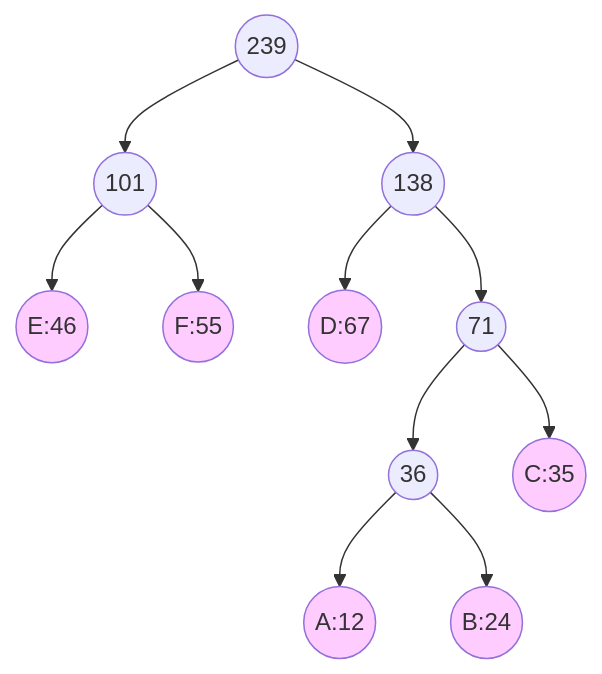
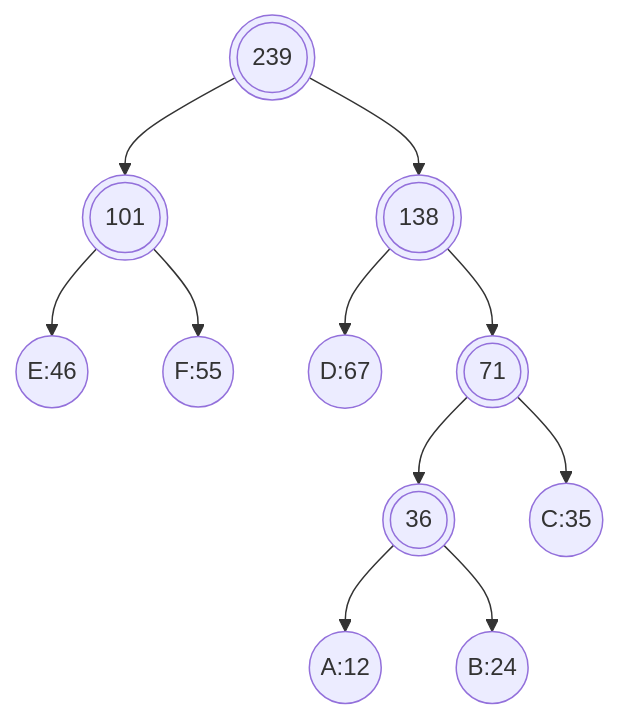
Before and after one commit to dmjcb/dmjcb.github.io: the sixth of 7 diagrams in _posts/DataStructure/Tree/BinaryTree/2020-01-16-哈夫曼树.md, drawn with Mermaid. The commit also changed other lines of this file and 78 other files, not shown here.

Commit message:
更新git部分图片;添加工作台图片

````diff
--- a/_posts/DataStructure/Tree/BinaryTree/2020-01-16-哈夫曼树.md
+++ b/_posts/DataStructure/Tree/BinaryTree/2020-01-16-哈夫曼树.md
@@ -121,29 +111,27 @@
 ```mermaid
 graph TB
-    C((C:35)):::Style
-    D((D:67)):::Style
-    E((E:46)):::Style
-    F((F:55)):::Style
+    C((C:35))
+    D((D:67))
+    E((E:46))
+    F((F:55))
 
-    Z((101))
+    Z(((101)))
     Z --> E
     Z --> F
 
-    W((138))
+    W(((138)))
     W --> D
     W --> Y
 
-    V((239))
+    V(((239)))
     V --> Z
     V --> W
 
-    Y((71))
-    X((36)) 
+    Y(((71)))
+    X(((36))) 
 
     Y --> X
-    Y --> C((C:35)):::Style
-    X --> A((A:12)):::Style
-    X --> B((B:24)):::Style
-
-    classDef Style fill:#FFCCFF
+    Y --> C((C:35))
+    X --> A((A:12))
+    X --> B((B:24))
 ```
````
